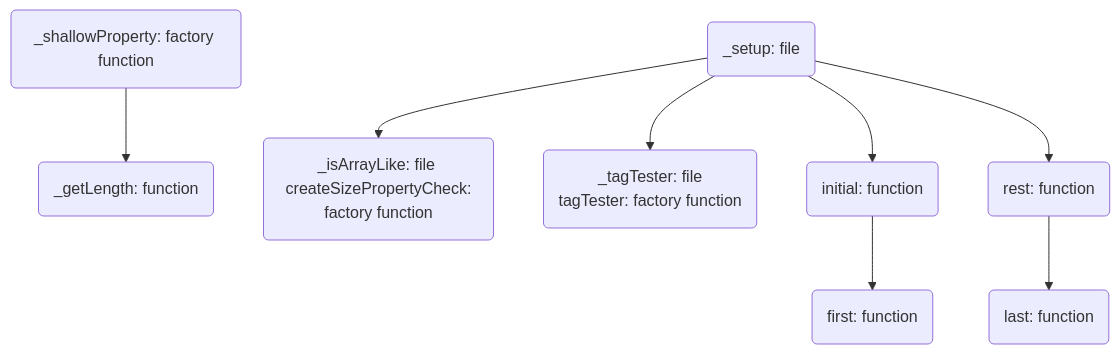
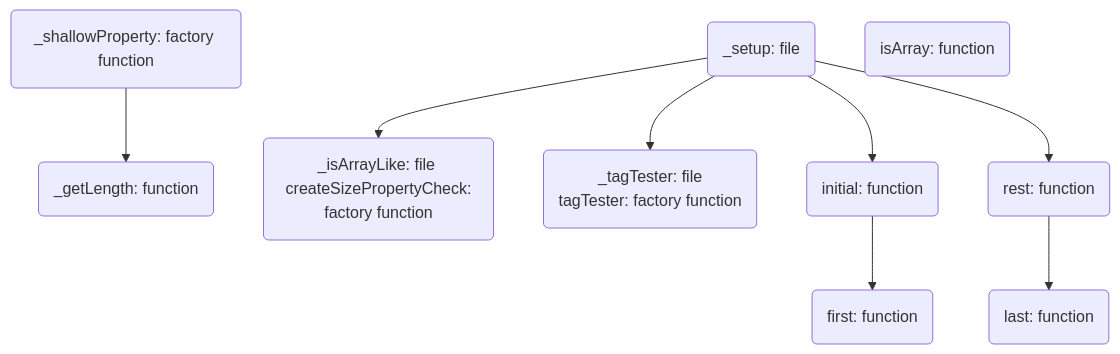
One commit to AshGreyG/To-Realize-Underscore changed the diagram in doc/dependencies.mmd. Above: the diagram before and after it, drawn with Mermaid. The commit also changed 1 other file, not shown here.

Commit message:
:test_tube: test mermaid `click` URL using relative URL, add `isArray` object function

```diff
--- a/doc/dependencies.mmd
+++ b/doc/dependencies.mmd
@@ -1,41 +1,51 @@
 flowchart TD
   %% Define nodes and their names
 
   %%% `_xxx` files
   _setup(_setup: file)
   _shallowProperty(_shallowProperty: factory function)
   _getLength(_getLength: function)
   _isArrayLike(_isArrayLike: file \n createSizePropertyCheck: factory function)
   _tagTester(_tagTester: file \n tagTester: factory function)
 
   %%% Array functions
 
   initial(initial: function)
   first(first: function)
   rest(rest: function)
   last(last: function)
 
+  %%% Object functions
+
+  isArray(isArray: function)
+
   %% Hyperlink settings
 
   %%% `_xxx` files
 
-  click _setup "https://github.com/AshGreyG/To-Realize-Underscore/blob/main/modules/_setup.js"
+  click _setup "../modules/_setup.js"
   click _shallowProperty "https://github.com/AshGreyG/To-Realize-Underscore/blob/main/modules/_shallowProperty.js"
   click _getLength "https://github.com/AshGreyG/To-Realize-Underscore/blob/main/modules/_getLength.js"
   click _isArrayLike "https://github.com/AshGreyG/To-Realize-Underscore/blob/main/modules/_isArrayLike.js"
   click _tagTester "https://github.com/AshGreyG/To-Realize-Underscore/blob/main/modules/_tagTester.js"
 
+  %%% Array functions
+
   click initial "https://github.com/AshGreyG/To-Realize-Underscore/blob/main/modules/initial.js"
   click first "https://github.com/AshGreyG/To-Realize-Underscore/blob/main/modules/first.js"
   click rest "https://github.com/AshGreyG/To-Realize-Underscore/blob/main/modules/rest.js"
   click last "https://github.com/AshGreyG/To-Realize-Underscore/blob/main/modules/last.js"
+
+  %%% Object functions
+
+  click isArray "https://github.com/AshGreyG/To-Realize-Underscore/blob/main/modules/isArray.js"
 
   %% Edge settings
 
   _setup --> initial
   _setup --> rest
   _setup --> _isArrayLike
   _setup --> _tagTester
   _shallowProperty --> _getLength
   initial --> first
   rest --> last
```
